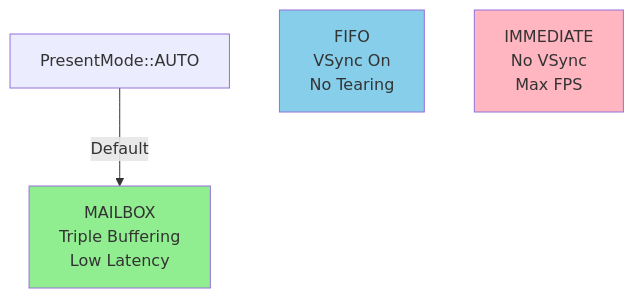
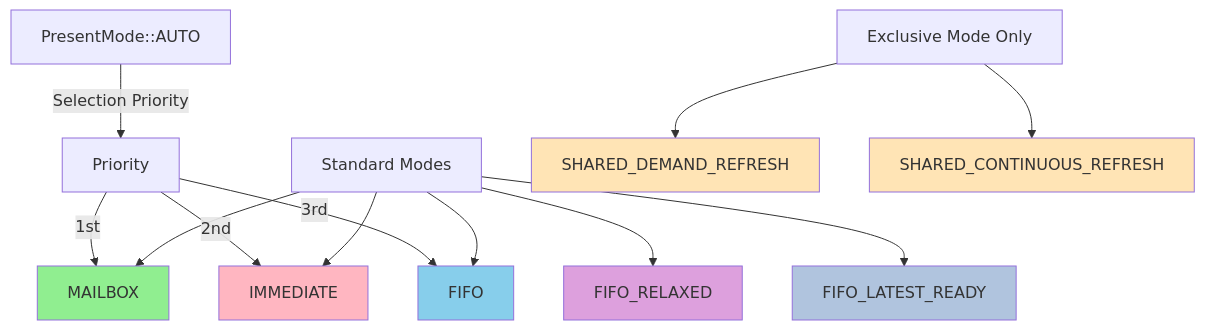
One commit to nvidia-holoscan/holoscan-sdk changed diagram 11 of 11 in modules/holoviz/README.md. Above: the diagram before and after it, drawn with Mermaid. The commit also changed other lines of this file and 332 other files, not shown here.

````diff
--- a/modules/holoviz/README.md
+++ b/modules/holoviz/README.md
@@ -582,11 +582,26 @@
 ```mermaid
 graph TB
-    Auto[PresentMode::AUTO] --> |Default| Mailbox
-    Mailbox[MAILBOX<br/>Triple Buffering<br/>Low Latency]
-    Fifo[FIFO<br/>VSync On<br/>No Tearing]
-    Immediate[IMMEDIATE<br/>No VSync<br/>Max FPS]
-
+    Auto[PresentMode::AUTO] --> |Selection Priority| Priority
+    Priority --> |1st| Mailbox[MAILBOX]
+    Priority --> |2nd| Immediate[IMMEDIATE]
+    Priority --> |3rd| Fifo[FIFO]
+    
+    Standard[Standard Modes]
+    Standard --> Mailbox
+    Standard --> Fifo
+    Standard --> Immediate
+    Standard --> FifoRelaxed[FIFO_RELAXED]
+    Standard --> FifoLatest[FIFO_LATEST_READY]
+    
+    Exclusive[Exclusive Mode Only]
+    Exclusive --> SharedDemand[SHARED_DEMAND_REFRESH]
+    Exclusive --> SharedCont[SHARED_CONTINUOUS_REFRESH]
+    
     style Mailbox fill:#90EE90
     style Fifo fill:#87CEEB
     style Immediate fill:#FFB6C1
+    style FifoRelaxed fill:#DDA0DD
+    style FifoLatest fill:#B0C4DE
+    style SharedDemand fill:#FFE4B5
+    style SharedCont fill:#FFE4B5
 ```
````
